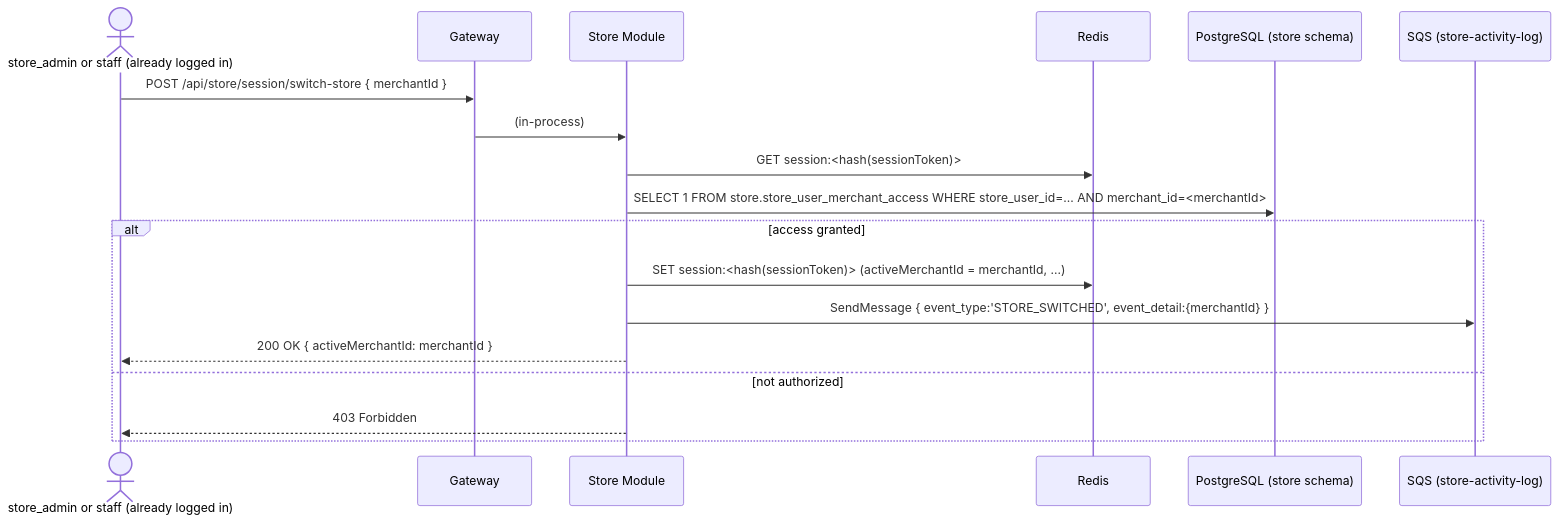
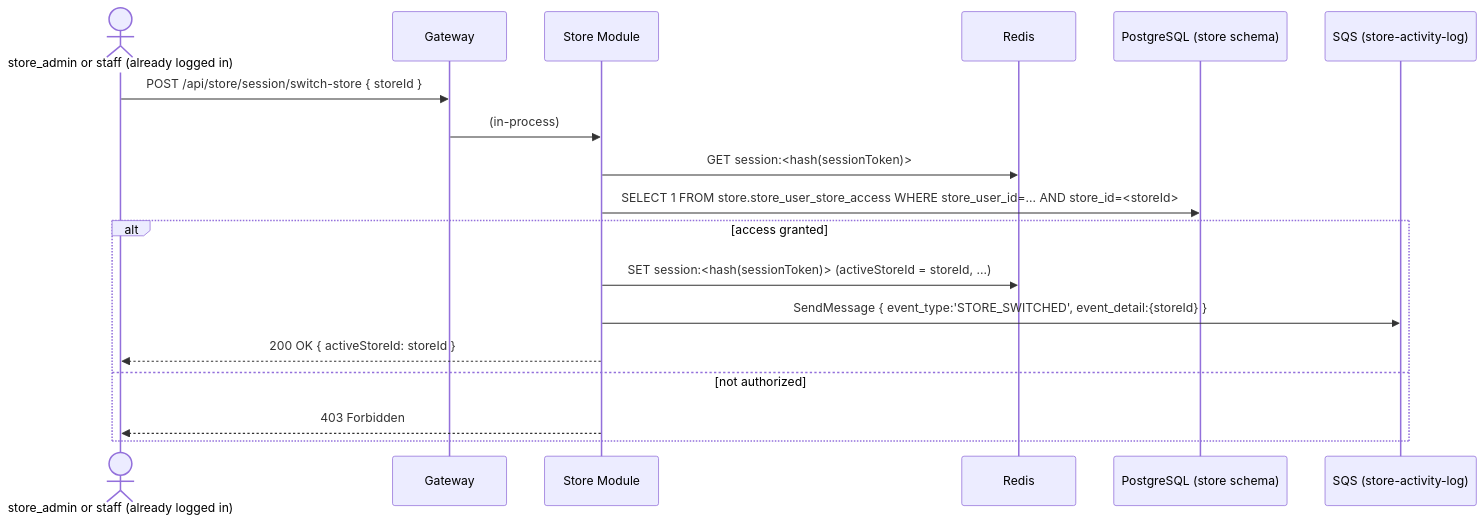
One commit to szhanggit/appointmentsystemdesign changed the fourth of 4 diagrams in usercasestudy/growayshop-registration-workflow.md. Above: the diagram before and after it, drawn with Mermaid. The commit also changed other lines of this file, not shown here.

Commit message:
terminology: Chain=连锁, store=一家店; merchant retired (reserved for future use)

````diff
--- a/usercasestudy/growayshop-registration-workflow.md
+++ b/usercasestudy/growayshop-registration-workflow.md
@@ -261,21 +261,21 @@
 ```mermaid
 sequenceDiagram
     actor U as store_admin or staff (already logged in)
     participant GW as Gateway
     participant SM as Store Module
     participant REDIS as Redis
     participant DB as PostgreSQL (store schema)
     participant SQSQ as SQS (store-activity-log)
 
-    U->>GW: POST /api/store/session/switch-store { merchantId }
+    U->>GW: POST /api/store/session/switch-store { storeId }
     GW->>SM: (in-process)
     SM->>REDIS: GET session:<hash(sessionToken)>
-    SM->>DB: SELECT 1 FROM store.store_user_merchant_access WHERE store_user_id=... AND merchant_id=<merchantId>
+    SM->>DB: SELECT 1 FROM store.store_user_store_access WHERE store_user_id=... AND store_id=<storeId>
     alt access granted
-        SM->>REDIS: SET session:<hash(sessionToken)> (activeMerchantId = merchantId, ...)
-        SM->>SQSQ: SendMessage { event_type:'STORE_SWITCHED', event_detail:{merchantId} }
-        SM-->>U: 200 OK { activeMerchantId: merchantId }
+        SM->>REDIS: SET session:<hash(sessionToken)> (activeStoreId = storeId, ...)
+        SM->>SQSQ: SendMessage { event_type:'STORE_SWITCHED', event_detail:{storeId} }
+        SM-->>U: 200 OK { activeStoreId: storeId }
     else not authorized
         SM-->>U: 403 Forbidden
     end
 ```
````
